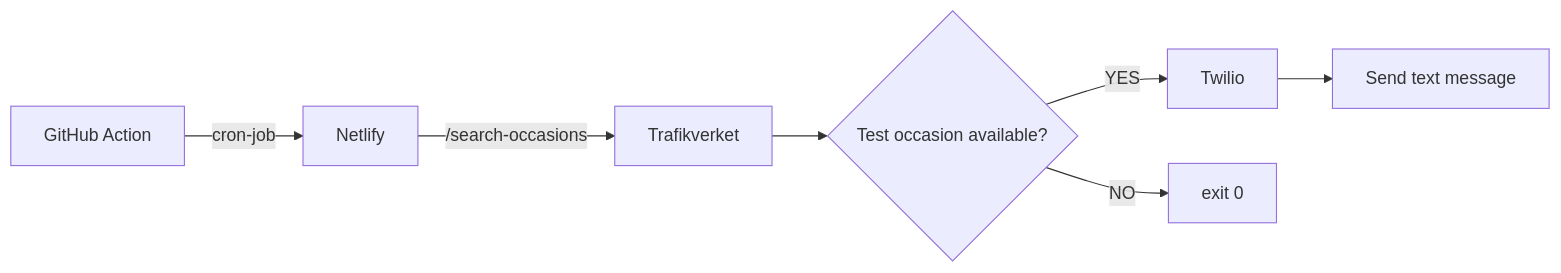
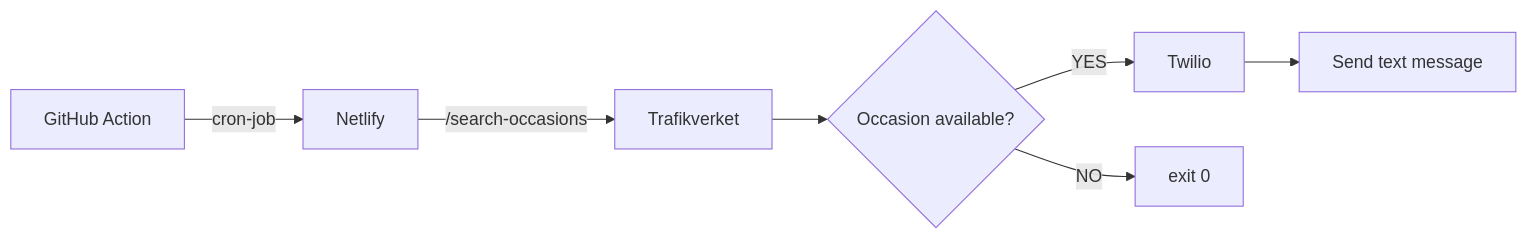
Before and after one commit to karlerikjonatan/fp-trv-sms: the diagram in README.md, drawn with Mermaid.

````diff
--- a/README.md
+++ b/README.md
@@ -4,7 +4,7 @@
 ```mermaid
 graph LR
     A[GitHub Action] -->|cron-job| B[Netlify] -->|/search-occasions| C[Trafikverket]
-    C --> D{Test occasion available?}
+    C --> D{Occasion available?}
     D -->|YES| E[Twilio] --> F[Send text message]
     D -->|NO| G[exit 0]
 ```
````
